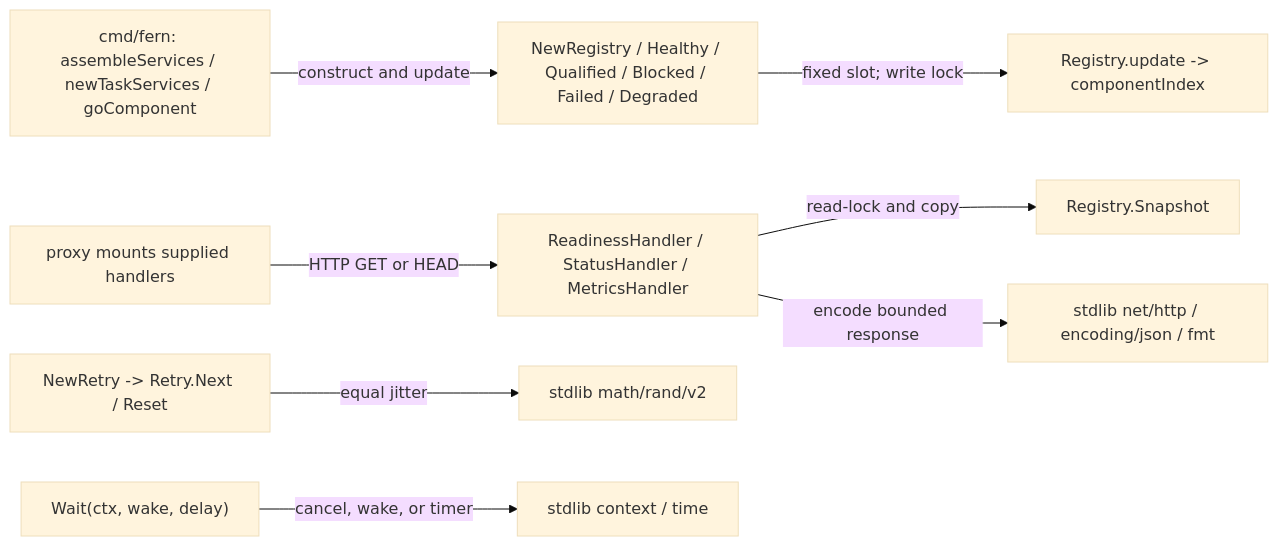
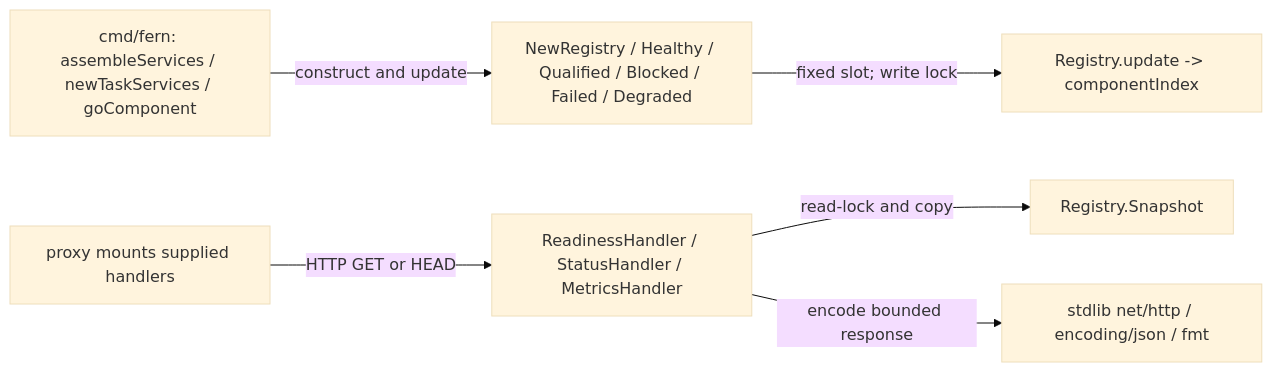
Before and after one commit to nebler/fern: the diagram in internal/observability/README.md, drawn with Mermaid (base theme). The commit also changed other lines of this file and 3 other files, not shown here.

````diff
--- a/internal/observability/README.md
+++ b/internal/observability/README.md
@@ -13,10 +12,8 @@
 ```mermaid
 flowchart LR
   cli["cmd/fern: assembleServices / newTaskServices / goComponent"] -->|"construct and update"| registry["NewRegistry / Healthy / Qualified / Blocked / Failed / Degraded"]
   registry -->|"fixed slot; write lock"| update["Registry.update -> componentIndex"]
   proxy["proxy mounts supplied handlers"] -->|"HTTP GET or HEAD"| handlers["ReadinessHandler / StatusHandler / MetricsHandler"]
   handlers -->|"read-lock and copy"| snapshot["Registry.Snapshot"]
   handlers -->|"encode bounded response"| std["stdlib net/http / encoding/json / fmt"]
-  retry["NewRetry -> Retry.Next / Reset"] -->|"equal jitter"| random["stdlib math/rand/v2"]
-  wait["Wait(ctx, wake, delay)"] -->|"cancel, wake, or timer"| timer["stdlib context / time"]
 ```
````
